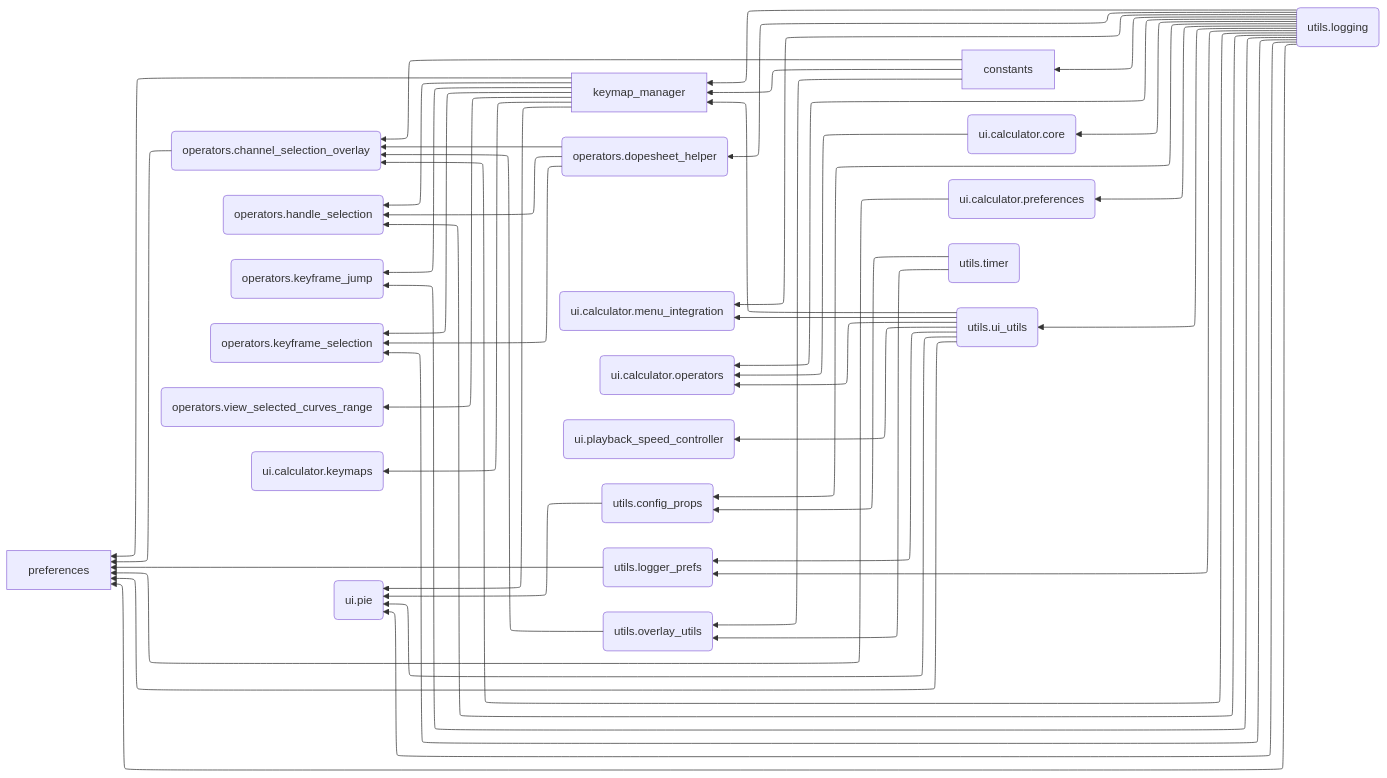
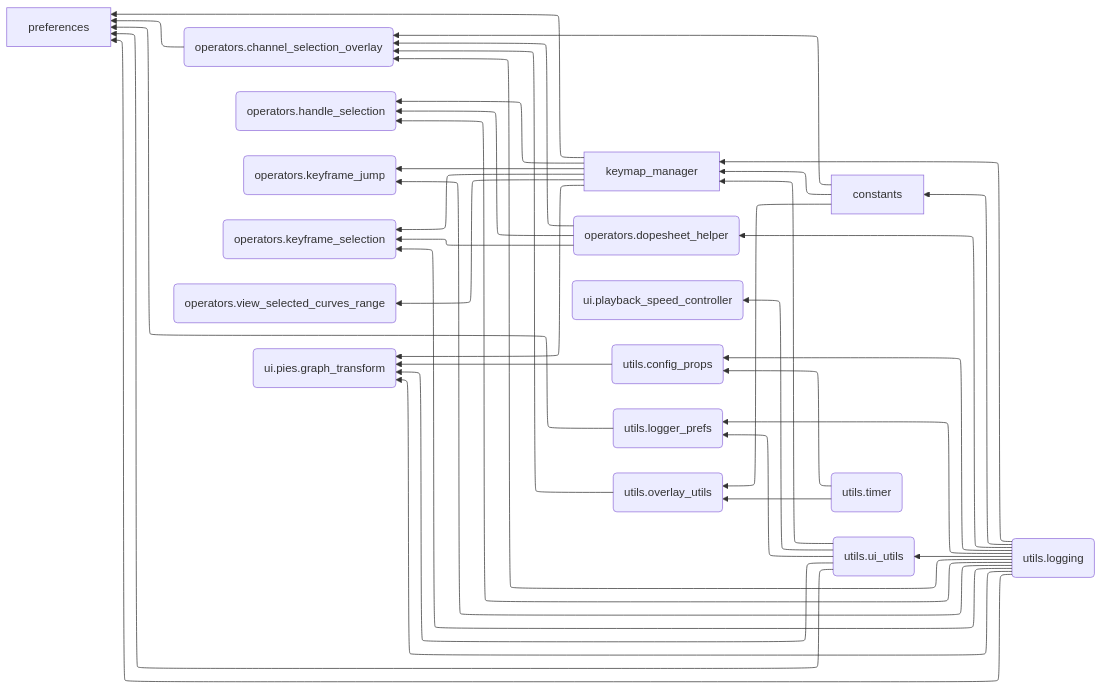
The diagram in docs/debug/module_dependencies.mmd (Pluglug/graph_monkey), drawn with Mermaid before and after one commit. The commit also changed 2 other files, not shown here.

```diff
--- a/docs/debug/module_dependencies.mmd
+++ b/docs/debug/module_dependencies.mmd
@@ -1,74 +1,60 @@
 ---
 config:
   theme: mc
   layout: elk
   flowchart:
     curve: basis
 ---
 flowchart RL
     constants[constants]
     keymap_manager[keymap_manager]
     operators_channel_selection_overlay(operators.channel_selection_overlay)
     operators_dopesheet_helper(operators.dopesheet_helper)
     operators_handle_selection(operators.handle_selection)
     operators_keyframe_jump(operators.keyframe_jump)
     operators_keyframe_selection(operators.keyframe_selection)
     operators_view_selected_curves_range(operators.view_selected_curves_range)
     preferences[preferences]
-    ui_calculator_core(ui.calculator.core)
-    ui_calculator_keymaps(ui.calculator.keymaps)
-    ui_calculator_menu_integration(ui.calculator.menu_integration)
-    ui_calculator_operators(ui.calculator.operators)
-    ui_calculator_preferences(ui.calculator.preferences)
-    ui_pie(ui.pie)
+    ui_pies_graph_transform(ui.pies.graph_transform)
     ui_playback_speed_controller(ui.playback_speed_controller)
     utils_config_props(utils.config_props)
     utils_logger_prefs(utils.logger_prefs)
     utils_logging(utils.logging)
     utils_overlay_utils(utils.overlay_utils)
     utils_timer(utils.timer)
     utils_ui_utils(utils.ui_utils)
     constants --> keymap_manager
     constants --> operators_channel_selection_overlay
     constants --> utils_overlay_utils
     keymap_manager --> operators_handle_selection
     keymap_manager --> operators_keyframe_jump
     keymap_manager --> operators_keyframe_selection
     keymap_manager --> operators_view_selected_curves_range
     keymap_manager --> preferences
-    keymap_manager --> ui_calculator_keymaps
-    keymap_manager --> ui_pie
+    keymap_manager --> ui_pies_graph_transform
     operators_channel_selection_overlay --> preferences
     operators_dopesheet_helper --> operators_channel_selection_overlay
     operators_dopesheet_helper --> operators_handle_selection
     operators_dopesheet_helper --> operators_keyframe_selection
-    ui_calculator_core --> ui_calculator_operators
-    ui_calculator_preferences --> preferences
-    utils_config_props --> ui_pie
+    utils_config_props --> ui_pies_graph_transform
     utils_logger_prefs --> preferences
     utils_logging --> constants
     utils_logging --> keymap_manager
     utils_logging --> operators_channel_selection_overlay
     utils_logging --> operators_dopesheet_helper
     utils_logging --> operators_handle_selection
     utils_logging --> operators_keyframe_jump
     utils_logging --> operators_keyframe_selection
     utils_logging --> preferences
-    utils_logging --> ui_calculator_core
-    utils_logging --> ui_calculator_menu_integration
-    utils_logging --> ui_calculator_operators
-    utils_logging --> ui_calculator_preferences
-    utils_logging --> ui_pie
+    utils_logging --> ui_pies_graph_transform
     utils_logging --> utils_config_props
     utils_logging --> utils_logger_prefs
     utils_logging --> utils_ui_utils
     utils_overlay_utils --> operators_channel_selection_overlay
     utils_timer --> utils_config_props
     utils_timer --> utils_overlay_utils
     utils_ui_utils --> keymap_manager
     utils_ui_utils --> preferences
-    utils_ui_utils --> ui_calculator_menu_integration
-    utils_ui_utils --> ui_calculator_operators
-    utils_ui_utils --> ui_pie
+    utils_ui_utils --> ui_pies_graph_transform
     utils_ui_utils --> ui_playback_speed_controller
     utils_ui_utils --> utils_logger_prefs
```
